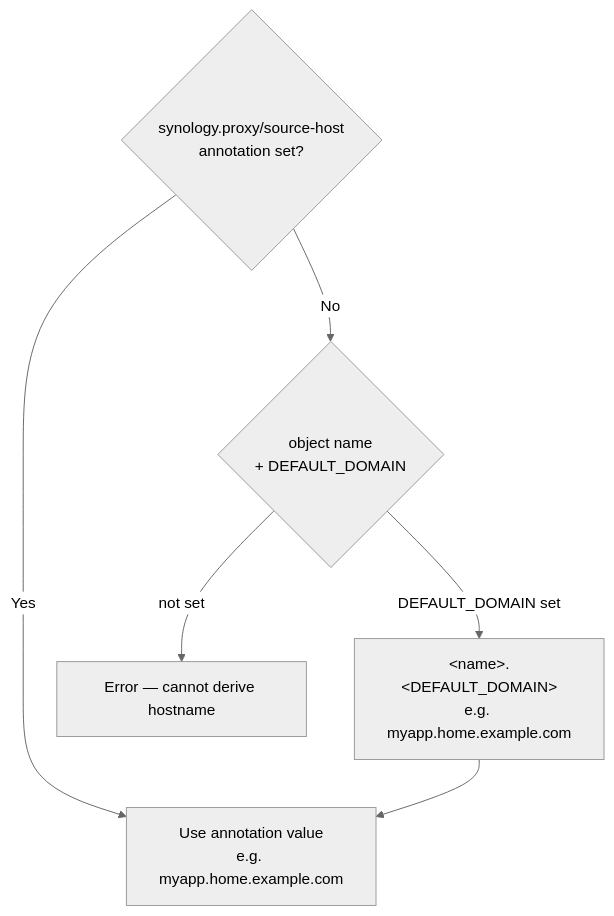
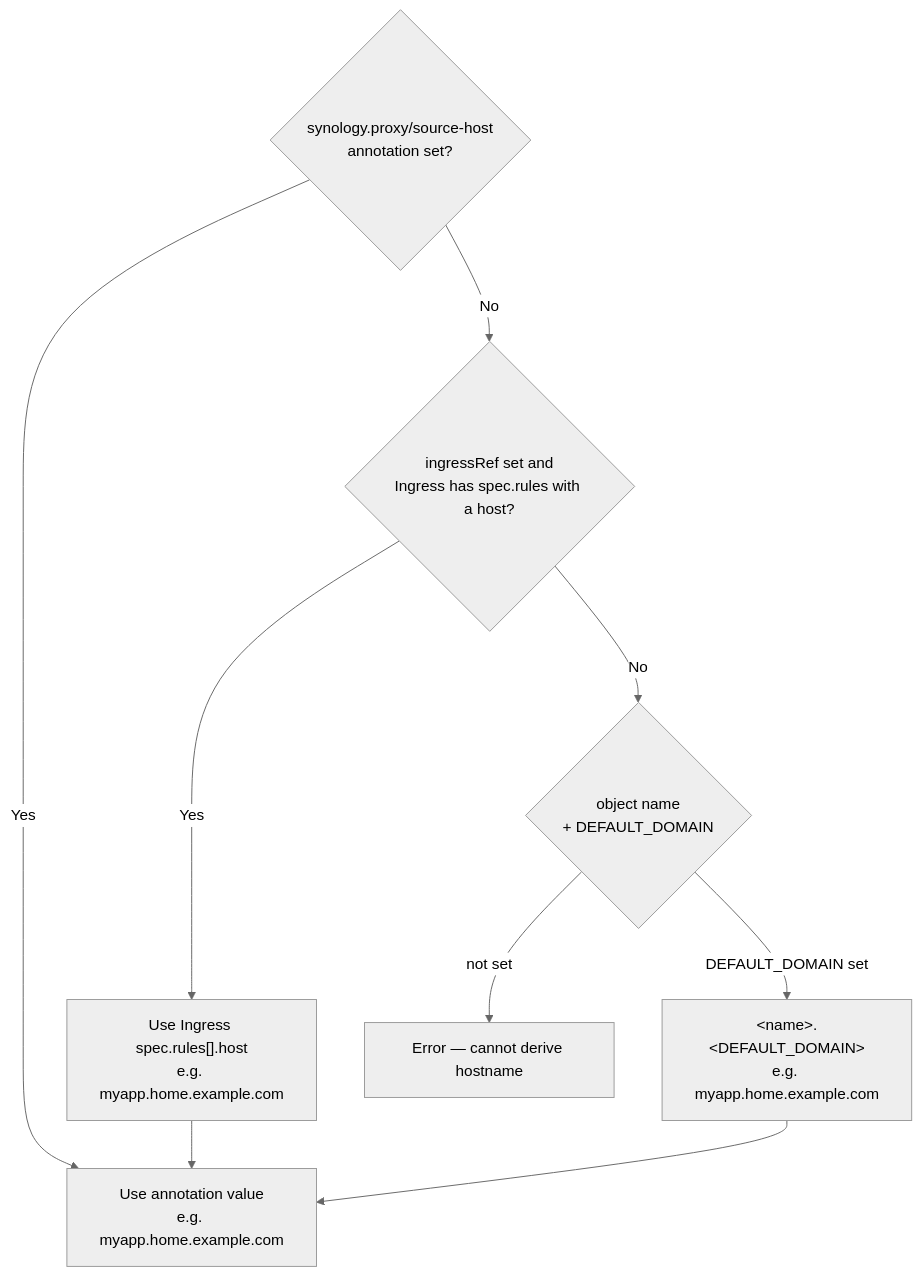
One commit to phoeluga/synology-proxy-operator changed the diagram in docs/charts/hostnameDerivation.mmd. Above: the diagram before and after it, drawn with Mermaid (neutral theme). The commit also changed 1 other file, not shown here.

Commit message:
docs: document Ingress spec.rules[].host in hostname derivation (#42)
* docs: document Ingress spec.rules[].host in hostname derivation

Add the priority step introduced by #40 (derive source host from
the Ingress's own spec.rules before falling back to
<name>.<defaultDomain>) to the README's derivation order list,
table, and the hostnameDerivation.mmd diagram source.

* docs: note the 80/443 Ingress port assumption and its override

Document that ingressRef backend port discovery (#38) guesses
443/80 from spec.tls presence, since Ingress status never carries
a port — and that spec.destinationPort should be set explicitly
for ingress controllers on non-standard ports.

````diff
--- a/docs/charts/hostnameDerivation.mmd
+++ b/docs/charts/hostnameDerivation.mmd
@@ -1,8 +1,11 @@
 ```mermaid
 flowchart TD
     A{synology.proxy/source-host\nannotation set?} -->|Yes| Z["Use annotation value\ne.g. myapp.home.example.com"]
-    A -->|No| B{"object name\n+ DEFAULT_DOMAIN"}
+    A -->|No| I{ingressRef set and\nIngress has spec.rules with a host?}
+    I -->|Yes| Y["Use Ingress spec.rules[].host\ne.g. myapp.home.example.com"]
+    Y --> Z
+    I -->|No| B{"object name\n+ DEFAULT_DOMAIN"}
     B -->|DEFAULT_DOMAIN set| C["&lt;name&gt;.&lt;DEFAULT_DOMAIN&gt;\ne.g. myapp.home.example.com"]
     C --> Z
     B -->|not set| E["Error — cannot derive hostname"]
 ```
````
